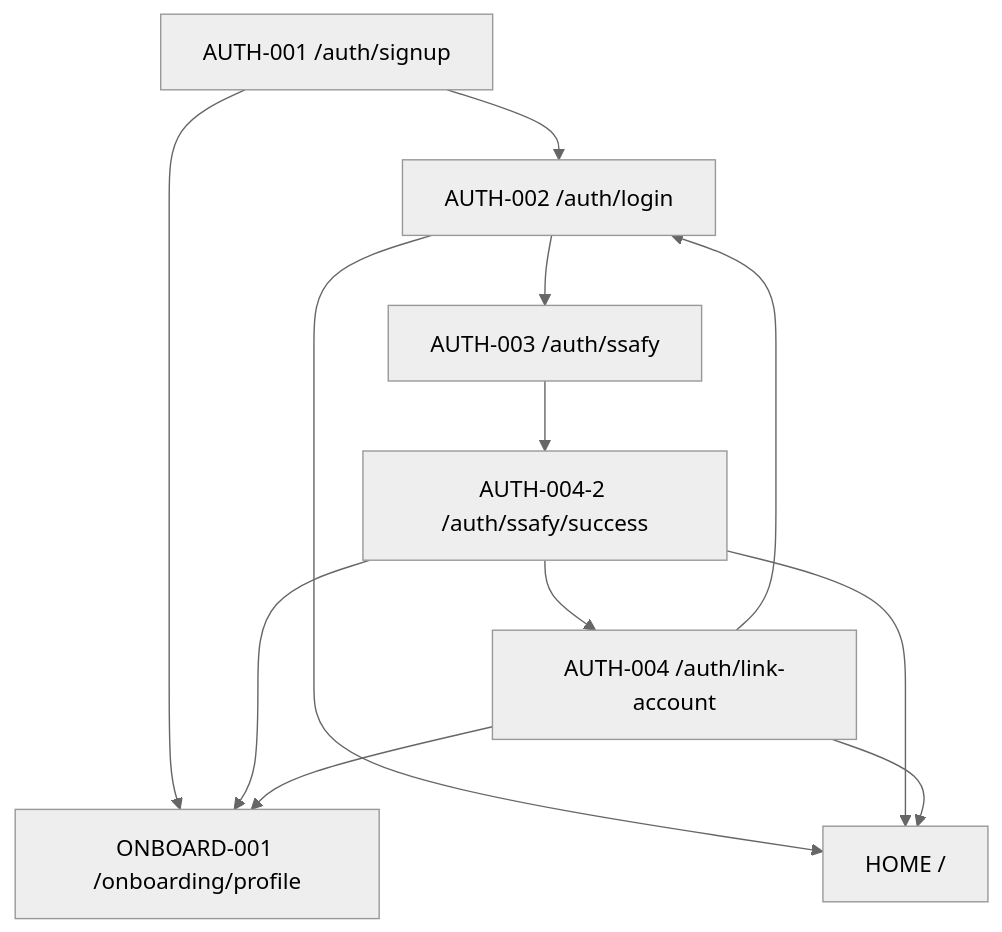
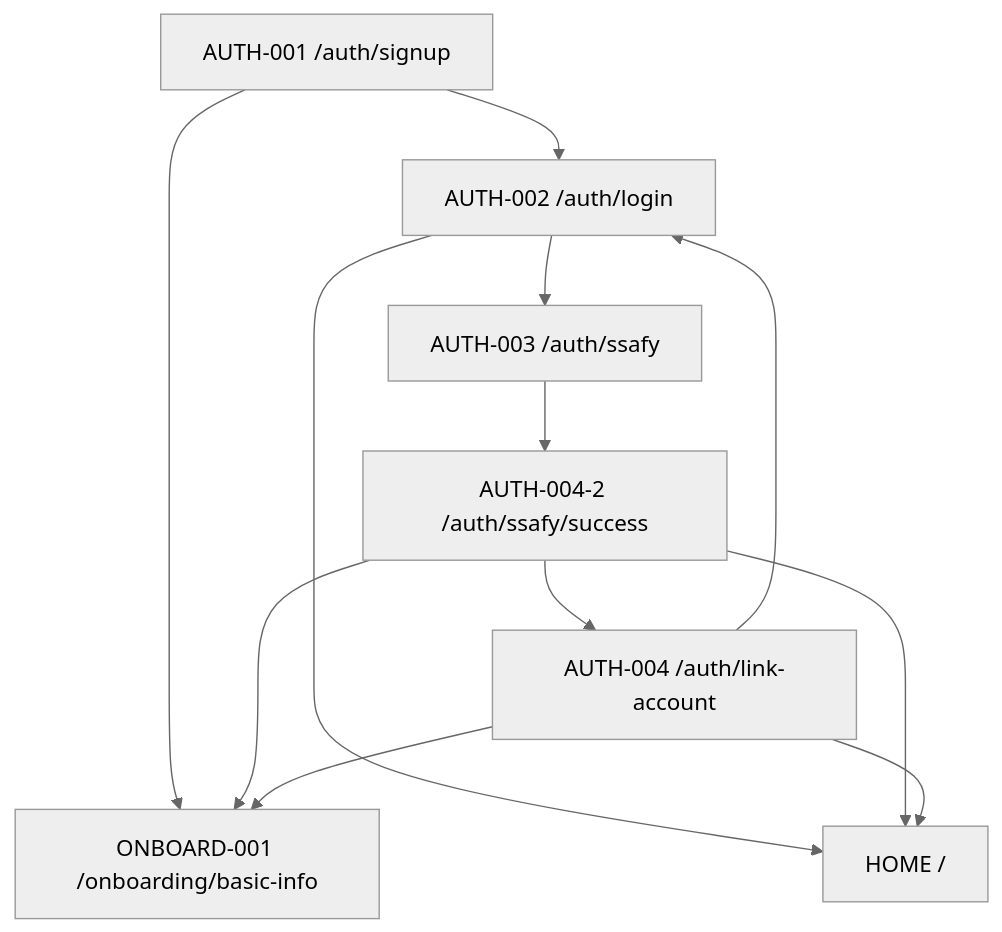
One commit to Team-vintib/Vintib-AI changed the first of 2 diagrams in FE/docs/frontend/flows/route-map.md. Above: the diagram before and after it, drawn with Mermaid (neutral theme). The commit also changed other lines of this file and 5 other files, not shown here.

````diff
--- a/FE/docs/frontend/flows/route-map.md
+++ b/FE/docs/frontend/flows/route-map.md
@@ -7,22 +7,22 @@
 ```mermaid
 flowchart TD
   Signup["AUTH-001 /auth/signup"]
   Login["AUTH-002 /auth/login"]
   Ssafy["AUTH-003 /auth/ssafy"]
   SsafySuccess["AUTH-004-2 /auth/ssafy/success"]
   LinkAccount["AUTH-004 /auth/link-account"]
-  OnboardProfile["ONBOARD-001 /onboarding/profile"]
+  OnboardProfile["ONBOARD-001 /onboarding/basic-info"]
   Home["HOME /"]
 
   Signup --> OnboardProfile
   Signup --> Login
   Login --> Home
   Login --> Ssafy
   Ssafy --> SsafySuccess
   SsafySuccess --> LinkAccount
   SsafySuccess --> OnboardProfile
   SsafySuccess --> Home
   LinkAccount --> Login
   LinkAccount --> OnboardProfile
   LinkAccount --> Home
 ```
````
